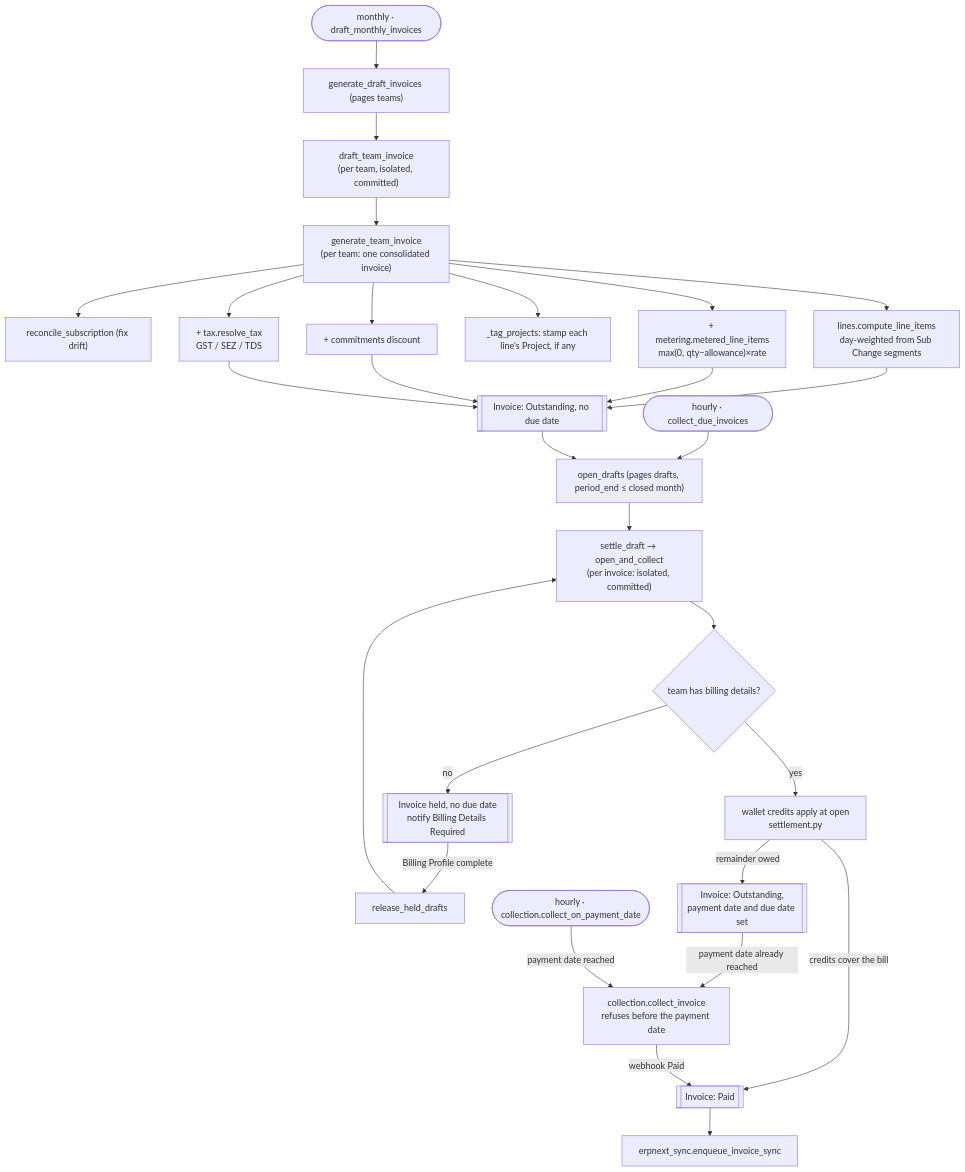
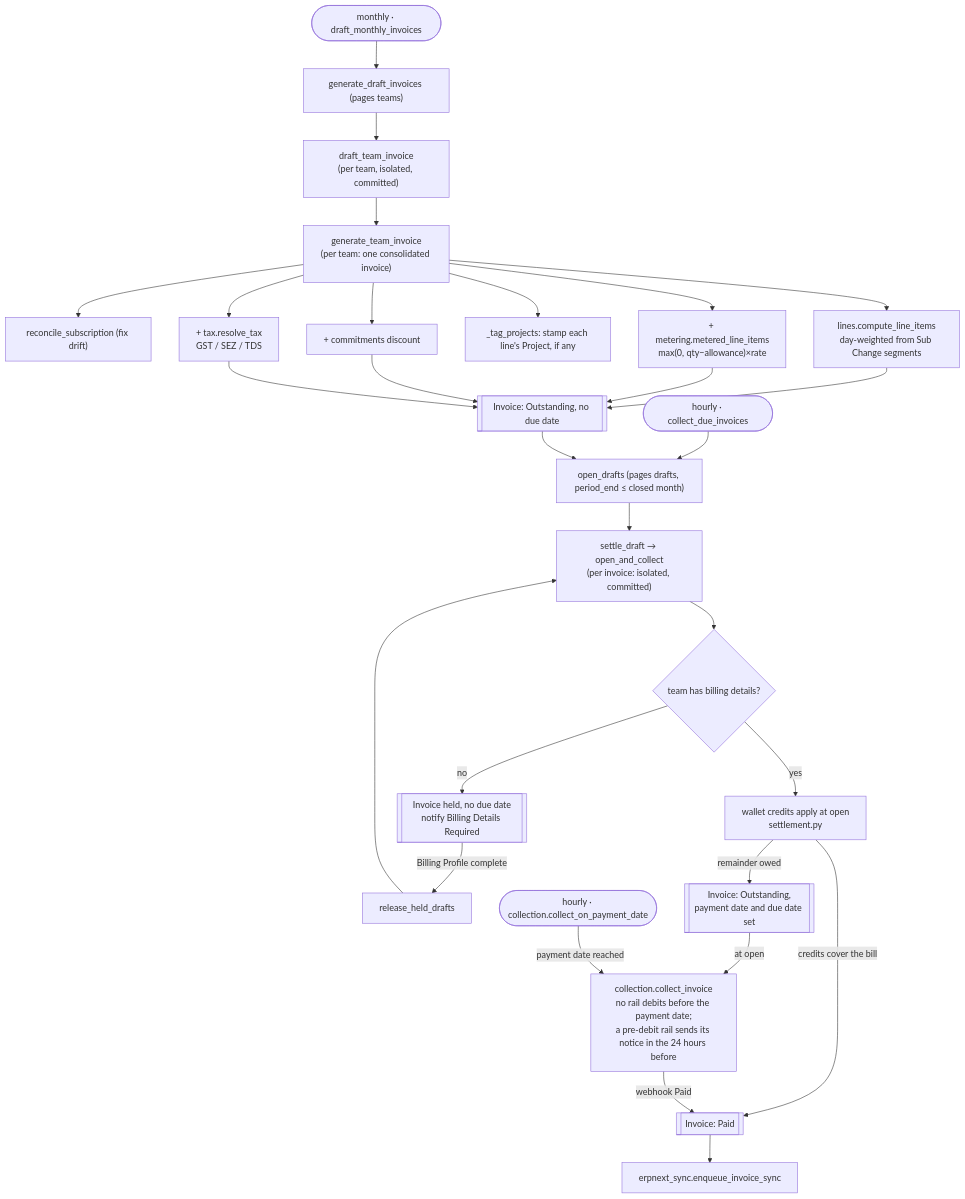
The fifth of 8 diagrams in central/billing/ARCHITECTURE.md (frappe/central), drawn with Mermaid before and after one commit. The commit also changed other lines of this file, not shown here.

Commit message:
docs(billing): describe the pre-debit notice in the invoicing flow

````diff
--- a/central/billing/ARCHITECTURE.md
+++ b/central/billing/ARCHITECTURE.md
@@ -465,28 +465,28 @@
 ```mermaid
 flowchart TD
     TICK(["monthly · draft_monthly_invoices"]) --> GDI["generate_draft_invoices (pages teams)"]
     GDI --> DTI["draft_team_invoice<br/>(per team, isolated, committed)"]
     DTI --> GTI["generate_team_invoice<br/>(per team: one consolidated invoice)"]
     GTI --> RS["reconcile_subscription (fix drift)"]
     GTI --> LINES["lines.compute_line_items<br/>day-weighted from Sub Change segments"]
     GTI --> MET["+ metering.metered_line_items<br/>max(0, qty−allowance)×rate"]
     GTI --> TAG["_tag_projects: stamp each line's Project, if any"]
     GTI --> DISC["+ commitments discount"]
     GTI --> TAX["+ tax.resolve_tax<br/>GST / SEZ / TDS"]
     LINES & MET & DISC & TAX --> DRAFT[["Invoice: Outstanding, no due date"]]
 
     SWEEP(["hourly · collect_due_invoices"]) --> OD["open_drafts (pages drafts, period_end ≤ closed month)"]
     DRAFT --> OD
     OD --> OAC["settle_draft → open_and_collect<br/>(per invoice: isolated, committed)"]
     OAC --> HOLD{"team has billing details?"}
     HOLD -->|no| HELD[["Invoice held, no due date<br/>notify Billing Details Required"]]
     HELD -->|Billing Profile complete| REL["release_held_drafts"]
     REL --> OAC
     HOLD -->|yes| CR["wallet credits apply at open<br/>settlement.py"]
     CR -->|credits cover the bill| PAID[["Invoice: Paid"]]
     CR -->|remainder owed| OPEN[["Invoice: Outstanding,<br/>payment date and due date set"]]
-    OPEN -->|payment date already reached| CARD["collection.collect_invoice<br/>refuses before the payment date"]
+    OPEN -->|at open| CARD["collection.collect_invoice<br/>no rail debits before the payment date;<br/>a pre-debit rail sends its notice in the 24 hours before"]
     PDATE(["hourly · collection.collect_on_payment_date"]) -->|payment date reached| CARD
     CARD -->|webhook Paid| PAID
     PAID --> SYNC["erpnext_sync.enqueue_invoice_sync"]
 ```
````
